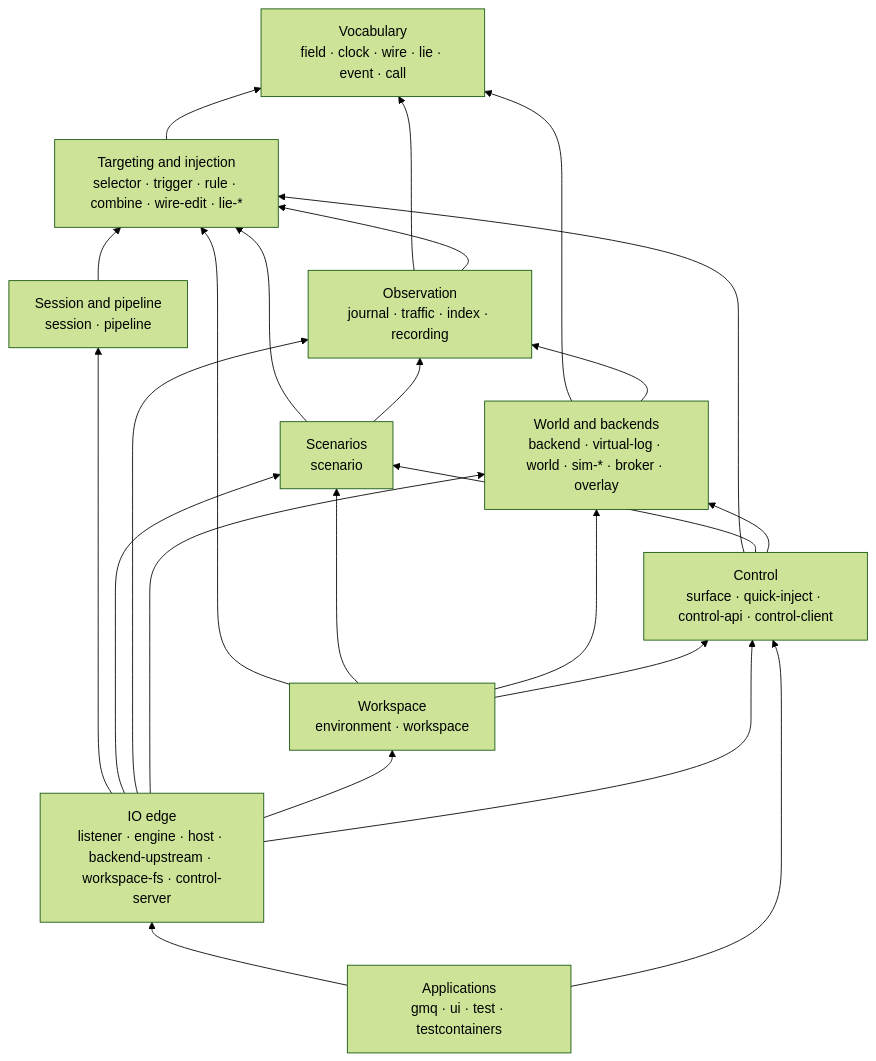
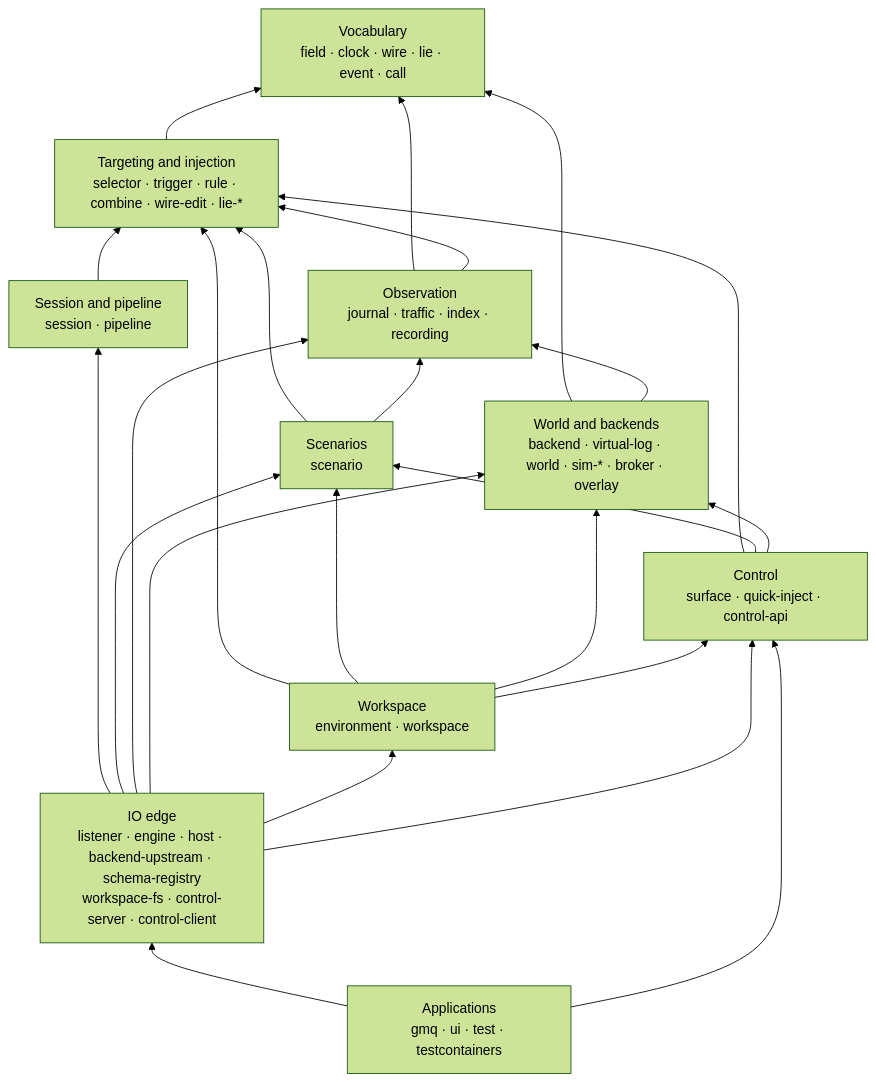
One commit to cruxy-eu/gaslightmq changed the diagram in docs/specs/architecture/crates.md. Above: the diagram before and after it, drawn with Mermaid (forest theme). The commit also changed other lines of this file and 8 other files, not shown here.

````diff
--- a/docs/specs/architecture/crates.md
+++ b/docs/specs/architecture/crates.md
@@ -40,37 +42,37 @@
 ```mermaid
 flowchart BT
   V["Vocabulary<br/>field · clock · wire · lie · event · call"]
   T["Targeting and injection<br/>selector · trigger · rule · combine · wire-edit · lie-*"]
   P["Session and pipeline<br/>session · pipeline"]
   S["Scenarios<br/>scenario"]
   O["Observation<br/>journal · traffic · index · recording"]
   W["World and backends<br/>backend · virtual-log · world · sim-* · broker · overlay"]
   F["Workspace<br/>environment · workspace"]
-  C["Control<br/>surface · quick-inject · control-api · control-client"]
-  IO["IO edge<br/>listener · engine · host · backend-upstream · workspace-fs · control-server"]
+  C["Control<br/>surface · quick-inject · control-api"]
+  IO["IO edge<br/>listener · engine · host · backend-upstream · schema-registry<br/>workspace-fs · control-server · control-client"]
   A["Applications<br/>gmq · ui · test · testcontainers"]
 
   T --> V
   P --> T
   S --> T
   S --> O
   O --> V
   O --> T
   W --> V
   W --> O
   F --> T
   F --> S
   F --> W
   F --> C
   C --> T
   C --> S
   C --> W
   IO --> P
   IO --> S
   IO --> O
   IO --> W
   IO --> F
   IO --> C
   A --> IO
   A --> C
 ```
````
